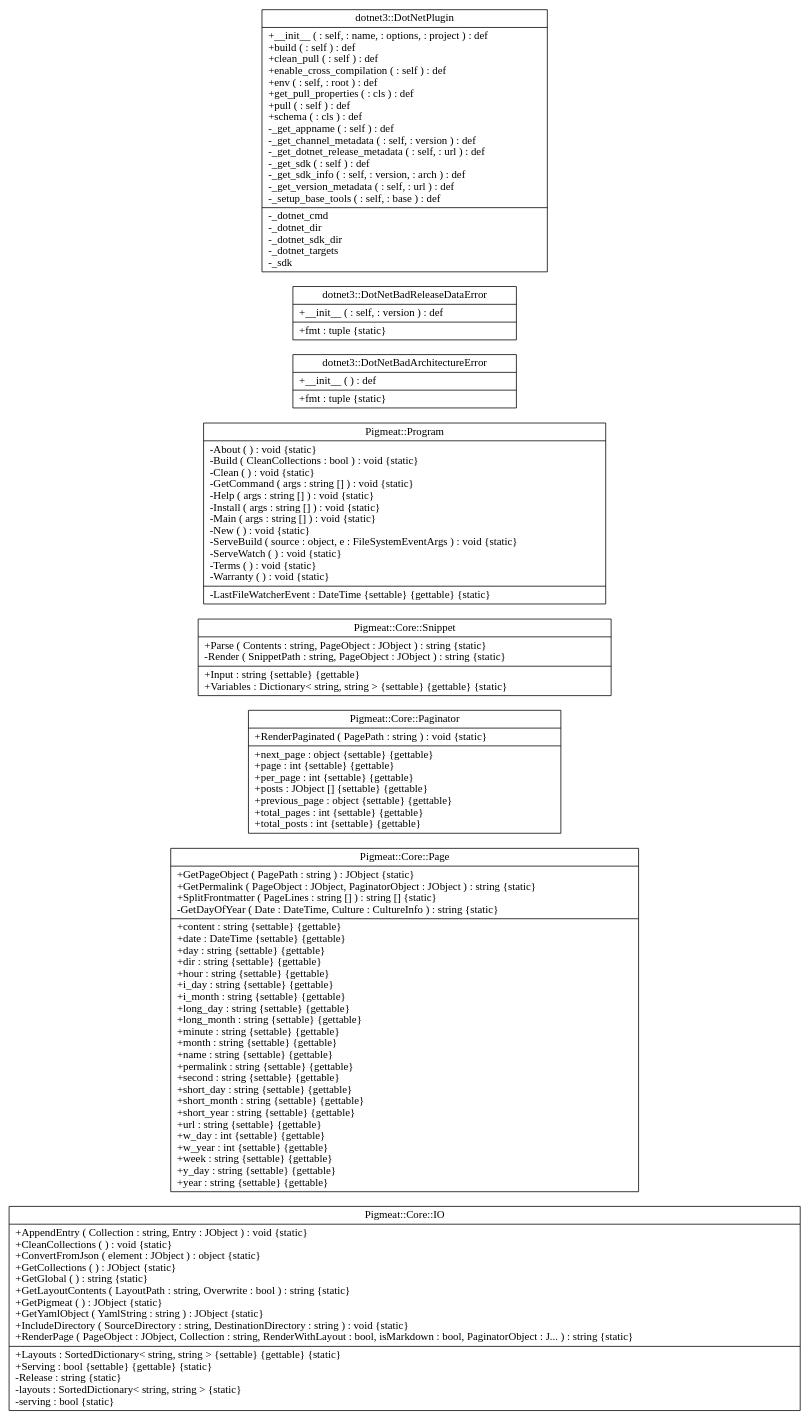
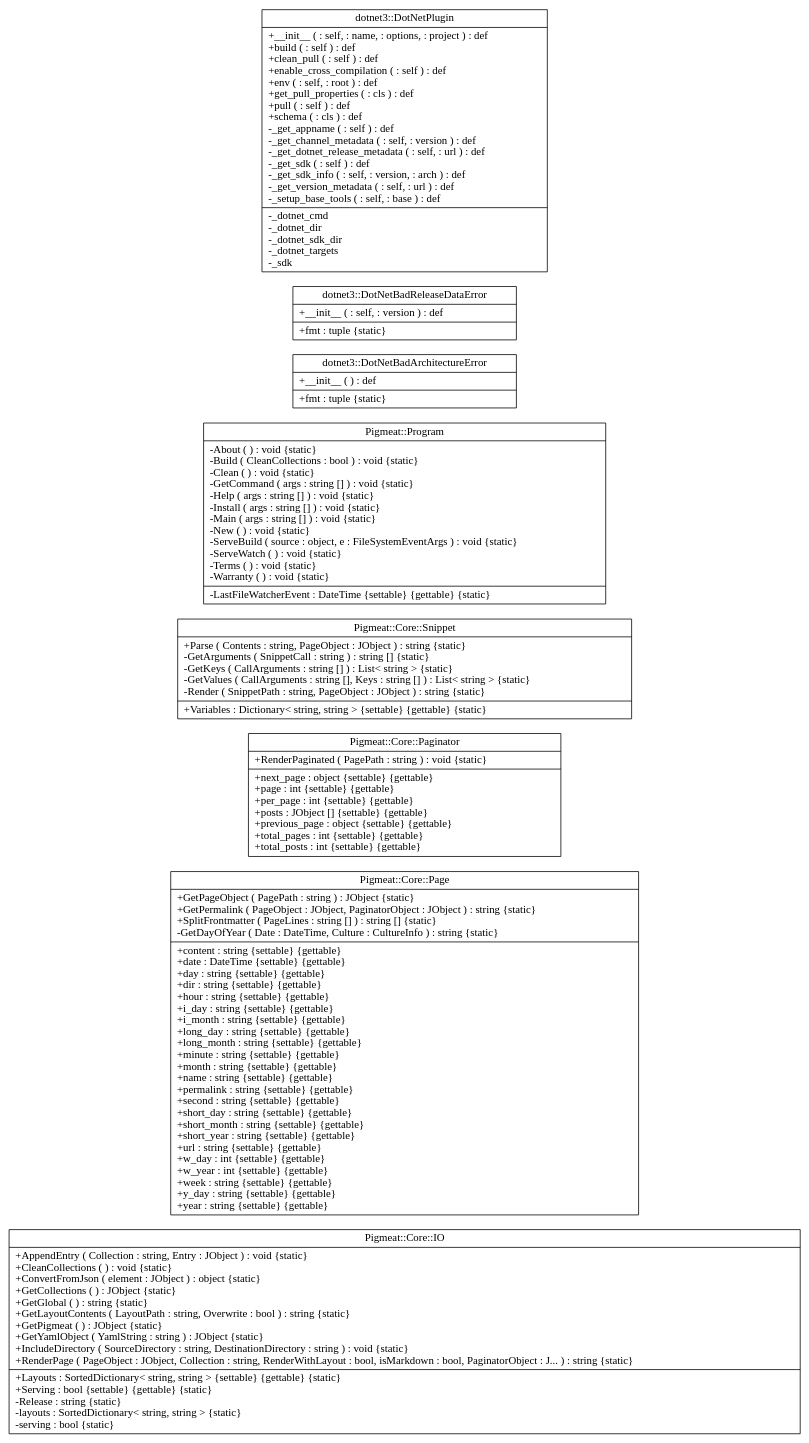
Before and after one commit to milovidov983/Pigmeat: the diagram in diagrams/graph.dot, drawn with Graphviz. The commit also changed 22 other files, not shown here.

```diff
--- a/diagrams/graph.dot
+++ b/diagrams/graph.dot
@@ -1,12 +1,12 @@
 digraph doxygraph
 {
 graph [ rankdir="RL" ]
 "class_pigmeat_1_1_core_1_1_i_o" [ label="Pigmeat::Core::IO\n|+AppendEntry ( Collection : string, Entry : JObject ) : void \{static\}\l+CleanCollections (  ) : void \{static\}\l+ConvertFromJson ( element : JObject ) : object \{static\}\l+GetCollections (  ) : JObject \{static\}\l+GetGlobal (  ) : string \{static\}\l+GetLayoutContents ( LayoutPath : string, Overwrite : bool ) : string \{static\}\l+GetPigmeat (  ) : JObject \{static\}\l+GetYamlObject ( YamlString : string ) : JObject \{static\}\l+IncludeDirectory ( SourceDirectory : string, DestinationDirectory : string ) : void \{static\}\l+RenderPage ( PageObject : JObject, Collection : string, RenderWithLayout : bool, isMarkdown : bool, PaginatorObject : J... ) : string \{static\}\l|+Layouts : SortedDictionary\< string, string \> \{settable\} \{gettable\} \{static\}\l+Serving : bool \{settable\} \{gettable\} \{static\}\l-Release : string \{static\}\l-layouts : SortedDictionary\< string, string \> \{static\}\l-serving : bool \{static\}\l" shape="record" ]
 "class_pigmeat_1_1_core_1_1_page" [ label="Pigmeat::Core::Page\n|+GetPageObject ( PagePath : string ) : JObject \{static\}\l+GetPermalink ( PageObject : JObject, PaginatorObject : JObject ) : string \{static\}\l+SplitFrontmatter ( PageLines : string [] ) : string [] \{static\}\l-GetDayOfYear ( Date : DateTime, Culture : CultureInfo ) : string \{static\}\l|+content : string \{settable\} \{gettable\}\l+date : DateTime \{settable\} \{gettable\}\l+day : string \{settable\} \{gettable\}\l+dir : string \{settable\} \{gettable\}\l+hour : string \{settable\} \{gettable\}\l+i_day : string \{settable\} \{gettable\}\l+i_month : string \{settable\} \{gettable\}\l+long_day : string \{settable\} \{gettable\}\l+long_month : string \{settable\} \{gettable\}\l+minute : string \{settable\} \{gettable\}\l+month : string \{settable\} \{gettable\}\l+name : string \{settable\} \{gettable\}\l+permalink : string \{settable\} \{gettable\}\l+second : string \{settable\} \{gettable\}\l+short_day : string \{settable\} \{gettable\}\l+short_month : string \{settable\} \{gettable\}\l+short_year : string \{settable\} \{gettable\}\l+url : string \{settable\} \{gettable\}\l+w_day : int \{settable\} \{gettable\}\l+w_year : int \{settable\} \{gettable\}\l+week : string \{settable\} \{gettable\}\l+y_day : string \{settable\} \{gettable\}\l+year : string \{settable\} \{gettable\}\l" shape="record" ]
 "class_pigmeat_1_1_core_1_1_paginator" [ label="Pigmeat::Core::Paginator\n|+RenderPaginated ( PagePath : string ) : void \{static\}\l|+next_page : object \{settable\} \{gettable\}\l+page : int \{settable\} \{gettable\}\l+per_page : int \{settable\} \{gettable\}\l+posts : JObject [] \{settable\} \{gettable\}\l+previous_page : object \{settable\} \{gettable\}\l+total_pages : int \{settable\} \{gettable\}\l+total_posts : int \{settable\} \{gettable\}\l" shape="record" ]
-"class_pigmeat_1_1_core_1_1_snippet" [ label="Pigmeat::Core::Snippet\n|+Parse ( Contents : string, PageObject : JObject ) : string \{static\}\l-Render ( SnippetPath : string, PageObject : JObject ) : string \{static\}\l|+Input : string \{settable\} \{gettable\}\l+Variables : Dictionary\< string, string \> \{settable\} \{gettable\} \{static\}\l" shape="record" ]
+"class_pigmeat_1_1_core_1_1_snippet" [ label="Pigmeat::Core::Snippet\n|+Parse ( Contents : string, PageObject : JObject ) : string \{static\}\l-GetArguments ( SnippetCall : string ) : string [] \{static\}\l-GetKeys ( CallArguments : string [] ) : List\< string \> \{static\}\l-GetValues ( CallArguments : string [], Keys : string [] ) : List\< string \> \{static\}\l-Render ( SnippetPath : string, PageObject : JObject ) : string \{static\}\l|+Variables : Dictionary\< string, string \> \{settable\} \{gettable\} \{static\}\l" shape="record" ]
 "class_pigmeat_1_1_program" [ label="Pigmeat::Program\n|-About (  ) : void \{static\}\l-Build ( CleanCollections : bool ) : void \{static\}\l-Clean (  ) : void \{static\}\l-GetCommand ( args : string [] ) : void \{static\}\l-Help ( args : string [] ) : void \{static\}\l-Install ( args : string [] ) : void \{static\}\l-Main ( args : string [] ) : void \{static\}\l-New (  ) : void \{static\}\l-ServeBuild ( source : object, e : FileSystemEventArgs ) : void \{static\}\l-ServeWatch (  ) : void \{static\}\l-Terms (  ) : void \{static\}\l-Warranty (  ) : void \{static\}\l|-LastFileWatcherEvent : DateTime \{settable\} \{gettable\} \{static\}\l" shape="record" ]
 "classdotnet3_1_1_dot_net_bad_architecture_error" [ label="dotnet3::DotNetBadArchitectureError\n|+__init__ (  ) : def\l|+fmt : tuple \{static\}\l" shape="record" ]
 "classdotnet3_1_1_dot_net_bad_release_data_error" [ label="dotnet3::DotNetBadReleaseDataError\n|+__init__ (  : self,  : version ) : def\l|+fmt : tuple \{static\}\l" shape="record" ]
 "classdotnet3_1_1_dot_net_plugin" [ label="dotnet3::DotNetPlugin\n|+__init__ (  : self,  : name,  : options,  : project ) : def\l+build (  : self ) : def\l+clean_pull (  : self ) : def\l+enable_cross_compilation (  : self ) : def\l+env (  : self,  : root ) : def\l+get_pull_properties (  : cls ) : def\l+pull (  : self ) : def\l+schema (  : cls ) : def\l-_get_appname (  : self ) : def\l-_get_channel_metadata (  : self,  : version ) : def\l-_get_dotnet_release_metadata (  : self,  : url ) : def\l-_get_sdk (  : self ) : def\l-_get_sdk_info (  : self,  : version,  : arch ) : def\l-_get_version_metadata (  : self,  : url ) : def\l-_setup_base_tools (  : self,  : base ) : def\l|-_dotnet_cmd\l-_dotnet_dir\l-_dotnet_sdk_dir\l-_dotnet_targets\l-_sdk\l" shape="record" ]
 }
```
